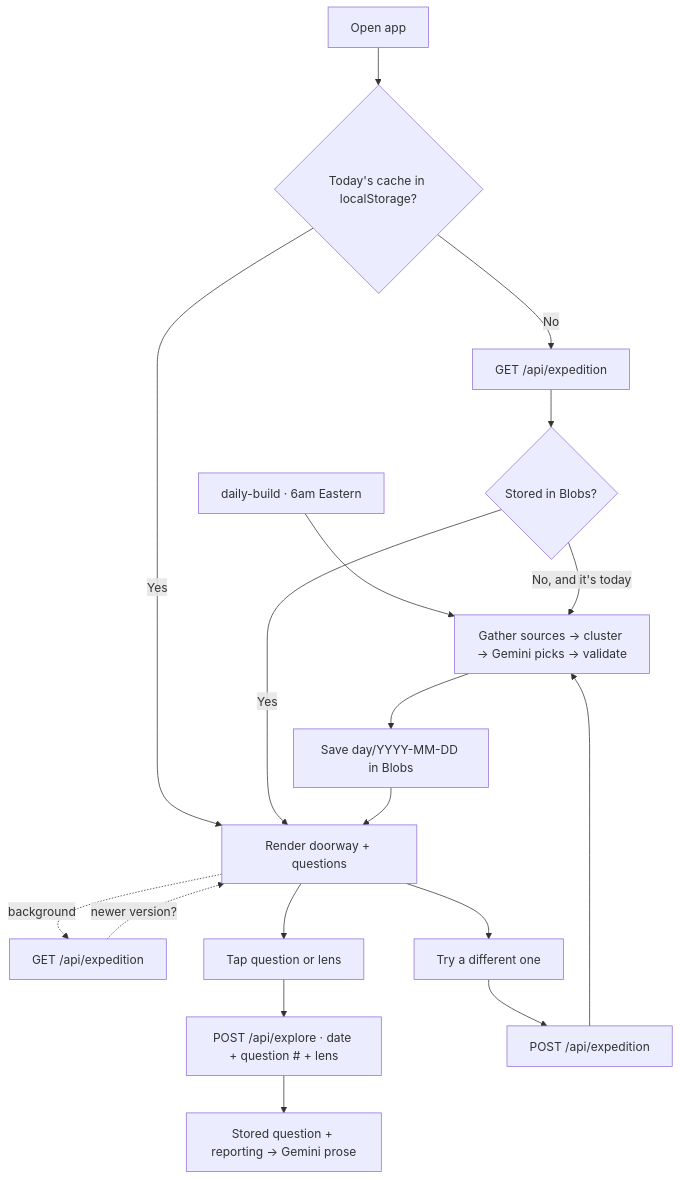
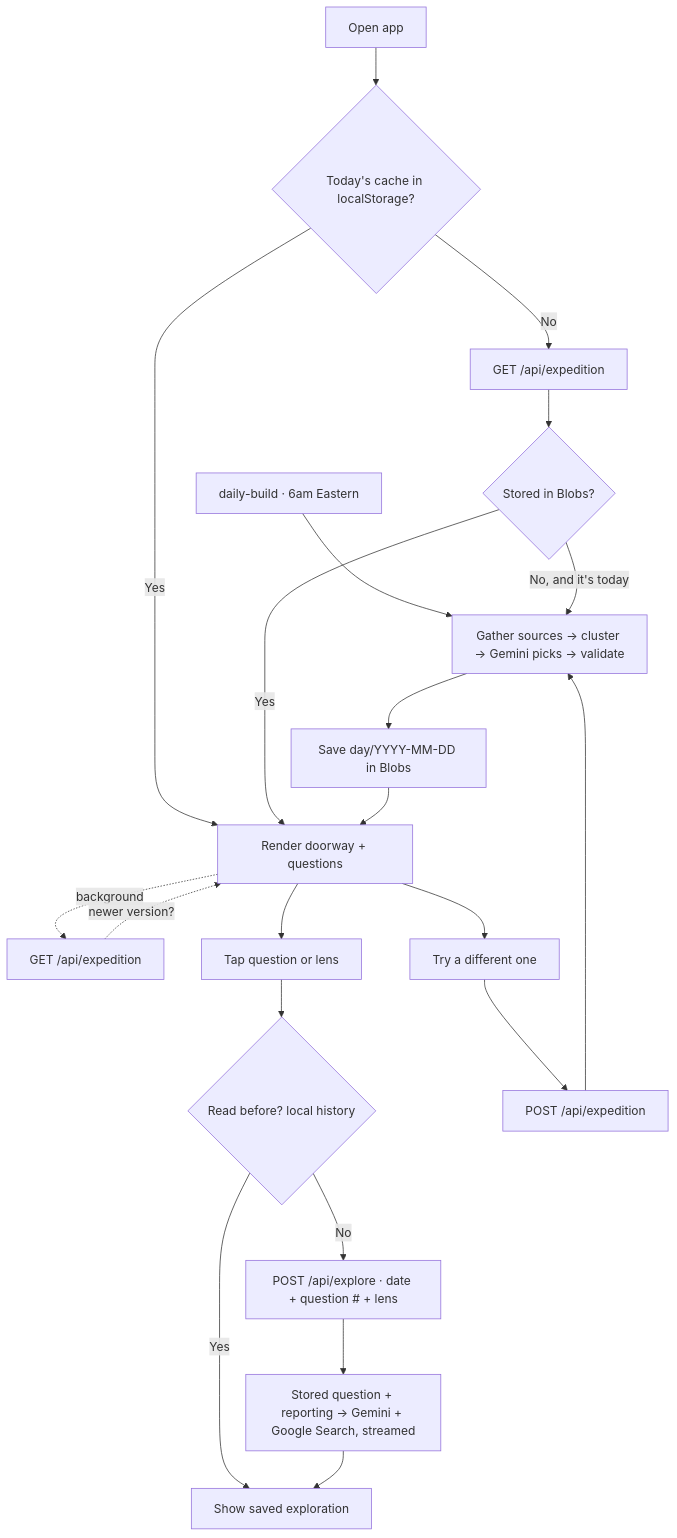
One commit to saarthakg/daily-expedition changed the diagram in README.md. Above: the diagram before and after it, drawn with Mermaid. The commit also changed other lines of this file, not shown here.

Commit message:
Document grounded, streamed explorations and reading history

````diff
--- a/README.md
+++ b/README.md
@@ -26,17 +27,20 @@
 ```mermaid
 flowchart TD
   S[daily-build · 6am Eastern] --> G
   A[Open app] --> B{Today's cache in localStorage?}
   B -->|Yes| C[Render doorway + questions]
   C -.->|background| R[GET /api/expedition] -.->|newer version?| C
   B -->|No| R2[GET /api/expedition]
   R2 --> K{Stored in Blobs?}
   K -->|Yes| C
   K -->|No, and it's today| G[Gather sources → cluster → Gemini picks → validate]
   G --> ST[Save day/YYYY-MM-DD in Blobs]
   ST --> C
   C --> H[Tap question or lens]
-  H --> E[POST /api/explore · date + question # + lens]
-  E --> EG[Stored question + reporting → Gemini prose]
+  H --> HC{Read before? local history}
+  HC -->|Yes| HV[Show saved exploration]
+  HC -->|No| E[POST /api/explore · date + question # + lens]
+  E --> EG[Stored question + reporting → Gemini + Google Search, streamed]
+  EG --> HV
   C --> J["Try a different one"] --> P[POST /api/expedition] --> G
 ```
````
